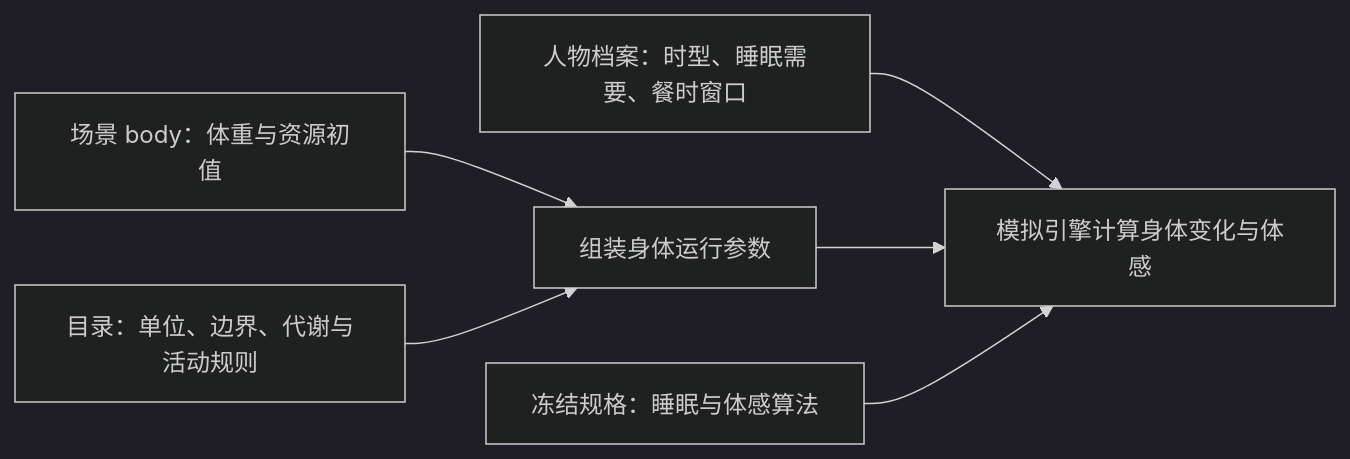
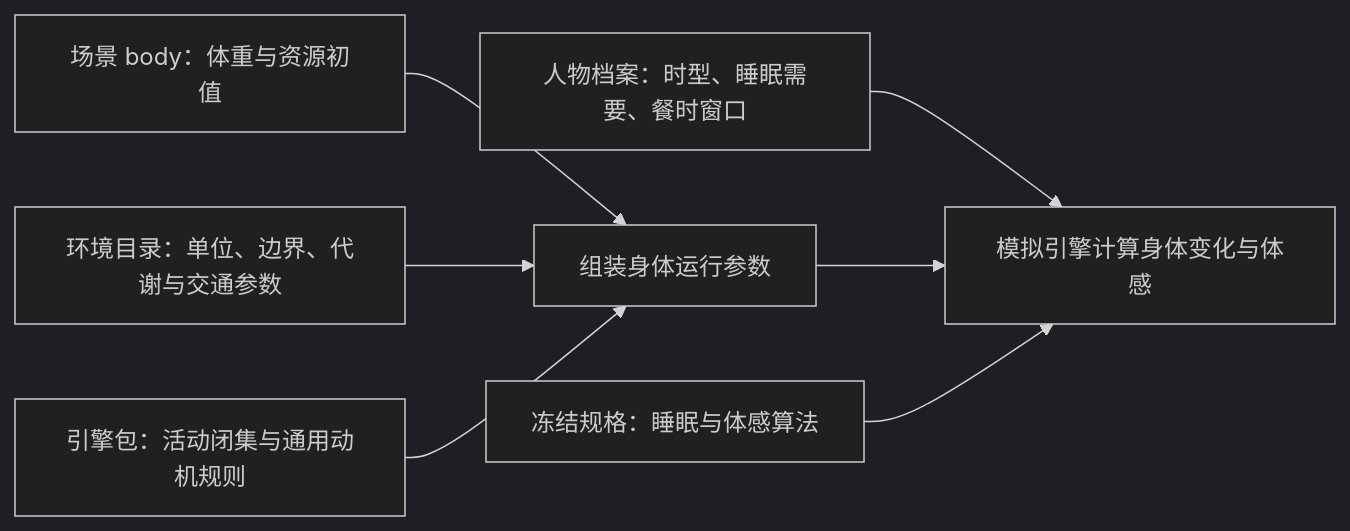
One commit to HoldThatThgt/WorldMock changed the third of 3 diagrams in docs/design/08-configuration.md. Above: the diagram before and after it, drawn with Mermaid (dark theme). The commit also changed other lines of this file and 1231 other files, not shown here.

````diff
--- a/docs/design/08-configuration.md
+++ b/docs/design/08-configuration.md
@@ -148,8 +154,9 @@
 ```mermaid
 flowchart LR
     SCENE[场景 body：体重与资源初值] --> ASSEMBLE[组装身体运行参数]
-    CATALOG[目录：单位、边界、代谢与活动规则] --> ASSEMBLE
+    CATALOG[环境目录：单位、边界、代谢与交通参数] --> ASSEMBLE
+    RULES[引擎包：活动闭集与通用动机规则] --> ASSEMBLE
     PERSON[人物档案：时型、睡眠需要、餐时窗口] --> BODY[模拟引擎计算身体变化与体感]
     ASSEMBLE --> BODY
     SPEC[冻结规格：睡眠与体感算法] --> BODY
 ```
````
